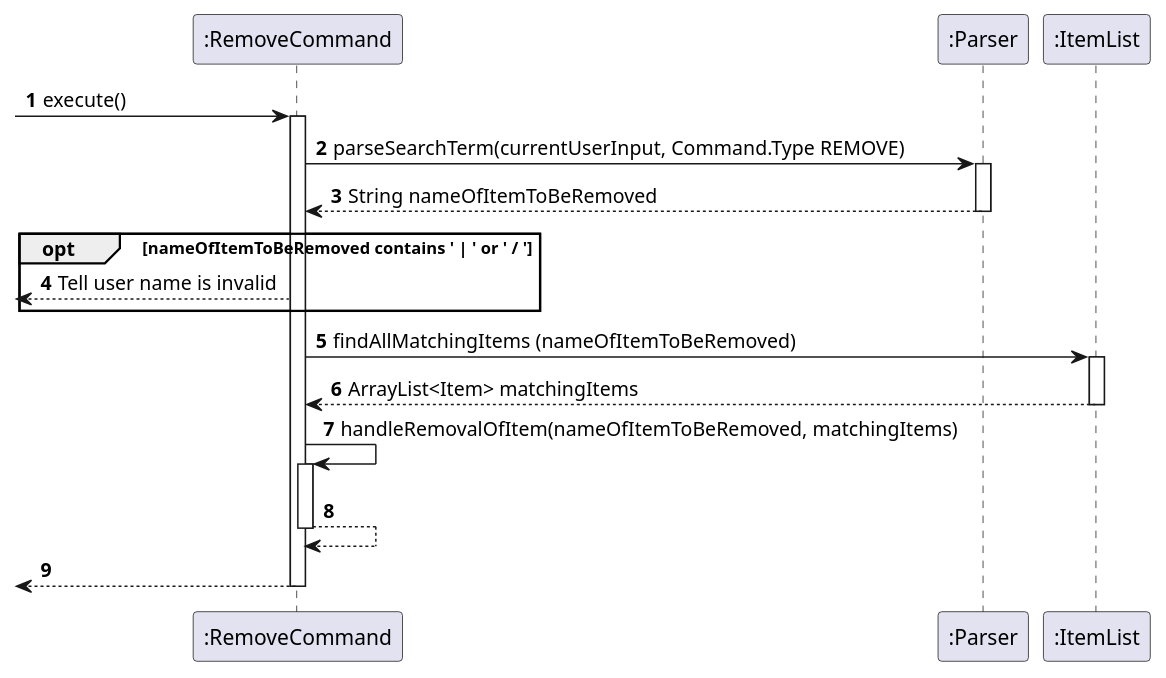
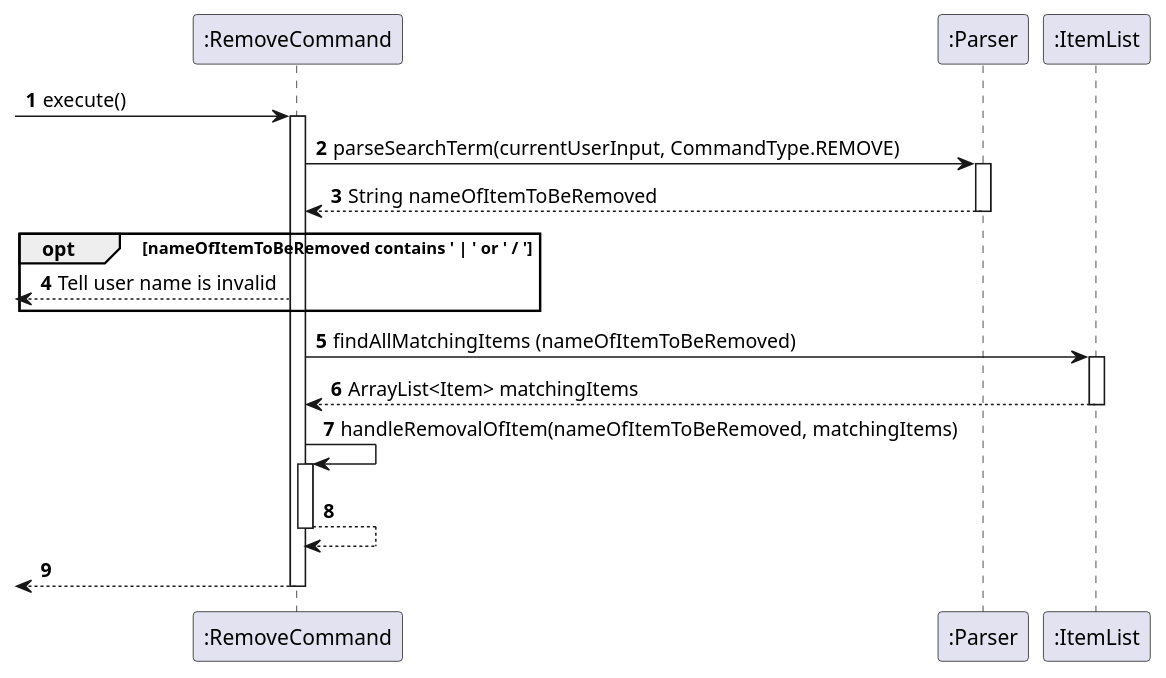
One commit to uosjapuelks/tp changed the diagram in docs/pumlFiles/RemoveSequence.puml. Above: the diagram before and after it, drawn with PlantUML. The commit also changed 2 other files, not shown here.

Commit message:
Update DG for RemoveCommand

```diff
--- a/docs/pumlFiles/RemoveSequence.puml
+++ b/docs/pumlFiles/RemoveSequence.puml
@@ -1,34 +1,34 @@
 @startuml
 'https://plantuml.com/sequence-diagram
 
 autonumber
 
 -> ":RemoveCommand": execute()
 
 activate ":RemoveCommand"
 
-":RemoveCommand" -> ":Parser" : parseSearchTerm(currentUserInput, Command.Type REMOVE)
+":RemoveCommand" -> ":Parser" : parseSearchTerm(currentUserInput, CommandType.REMOVE)
 activate ":Parser"
 ":RemoveCommand" <-- ":Parser": String nameOfItemToBeRemoved
 deactivate ":Parser"
 
 opt nameOfItemToBeRemoved contains ' | ' or ' / '
 
     <-- ":RemoveCommand" : Tell user name is invalid
 
 end
 
 ":RemoveCommand" -> ":ItemList" : findAllMatchingItems (nameOfItemToBeRemoved)
 activate ":ItemList"
 ":RemoveCommand" <-- ":ItemList" : ArrayList<Item> matchingItems
 deactivate ":ItemList"
 
 ":RemoveCommand" -> ":RemoveCommand": handleRemovalOfItem(nameOfItemToBeRemoved, matchingItems)
 activate ":RemoveCommand"
 ":RemoveCommand" --> ":RemoveCommand"
 deactivate ":RemoveCommand"
 
 <-- ":RemoveCommand"
 deactivate ":RemoveCommand"
 
 @enduml
```
